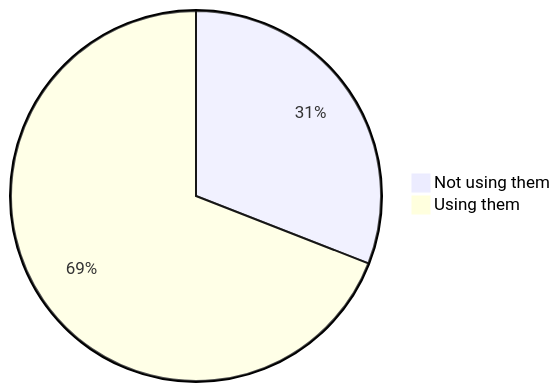
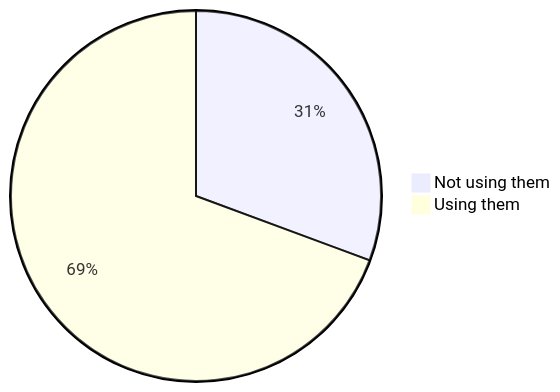
The first of 22 diagrams in stats.md (oshp/oshp-stats), drawn with Mermaid before and after one commit. The commit also changed other lines of this file, not shown here.

````diff
--- a/stats.md
+++ b/stats.md
@@ -10,6 +10,6 @@
 ```mermaid
 pie
-	"Not using them" : 30.93
-	"Using them" : 69.07
+	"Not using them" : 30.65
+	"Using them" : 69.35
 
 ```
````
